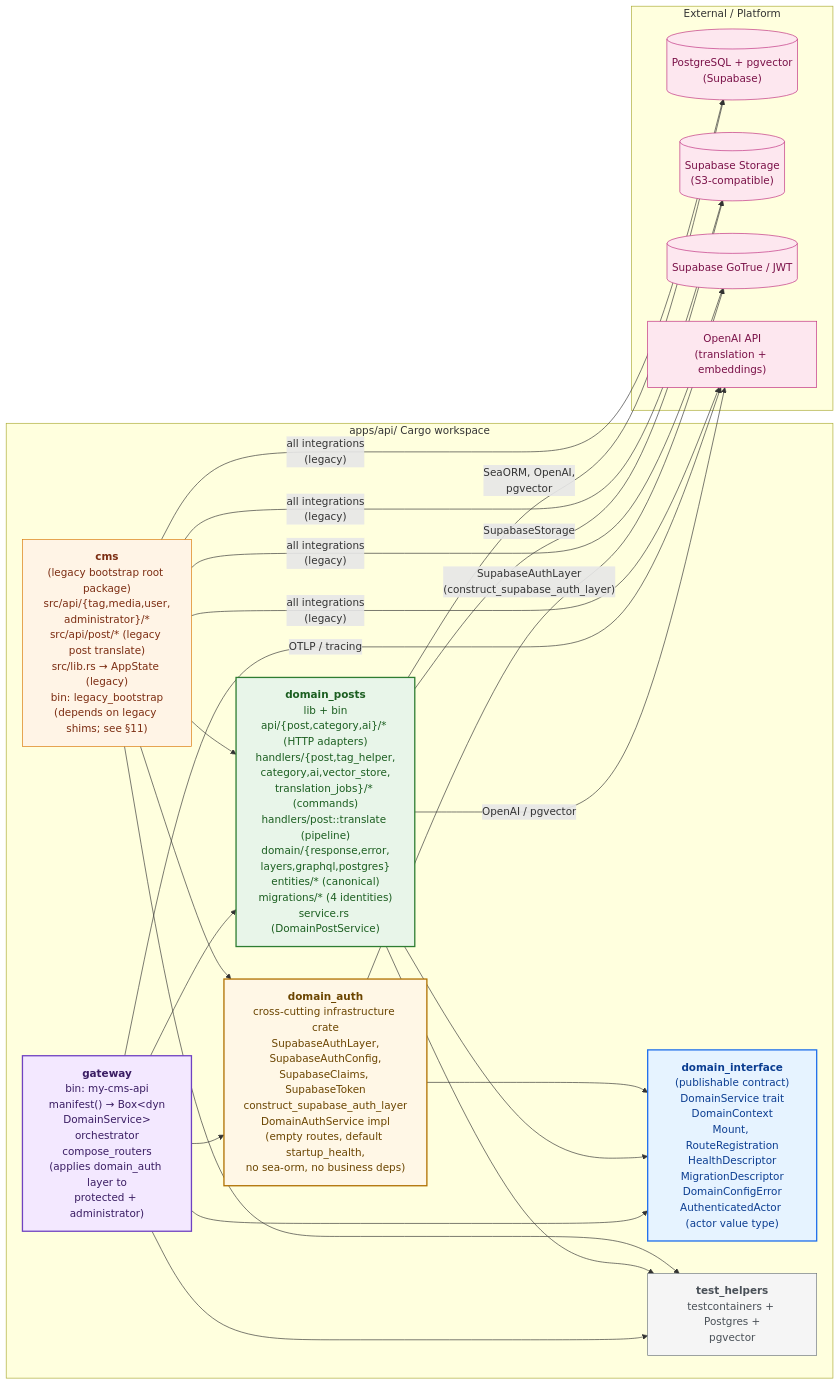
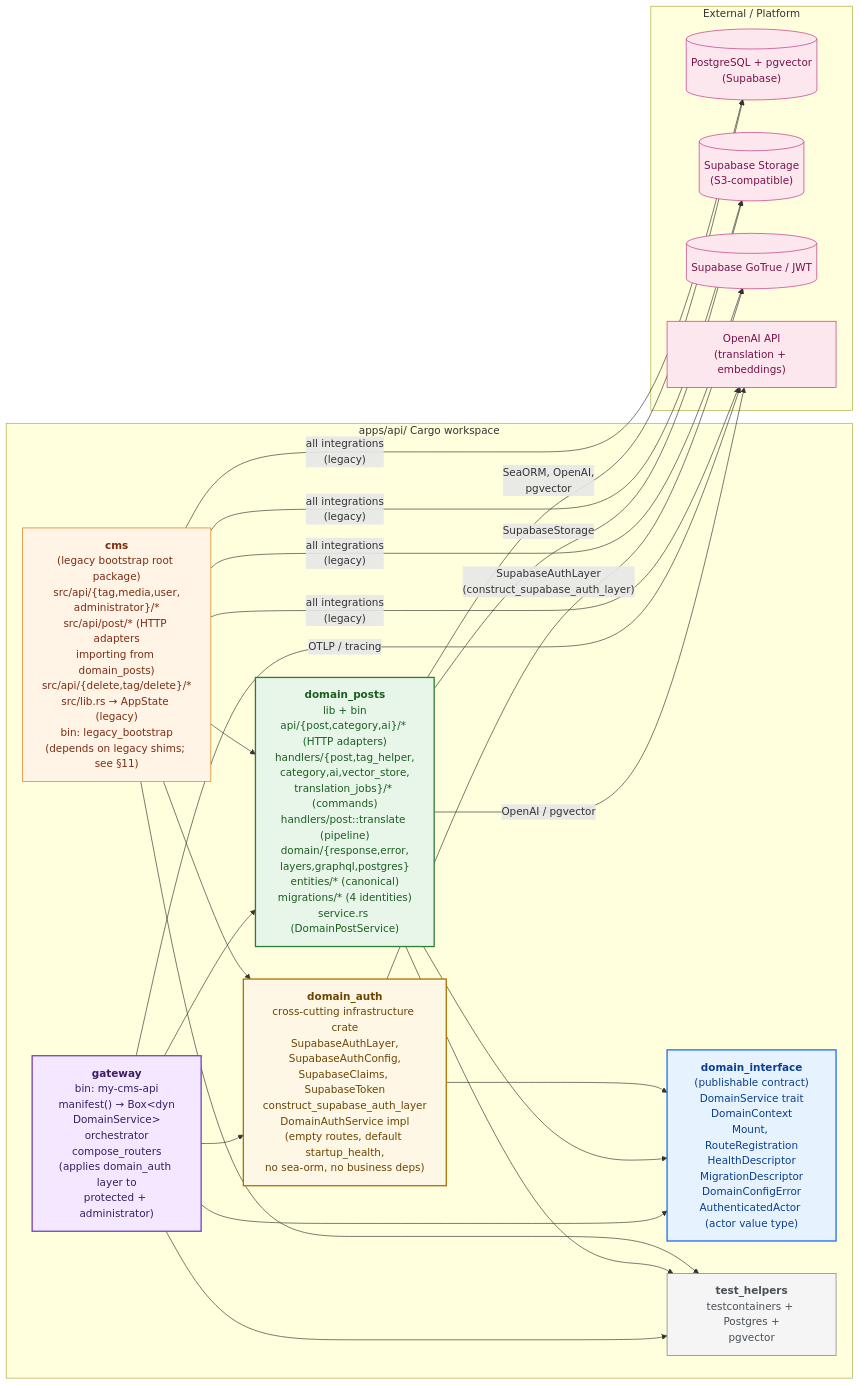
Before and after one commit to doitsu2014/my-cms: the first of 10 diagrams in docs/api-architecture.md, drawn with Mermaid. The commit also changed other lines of this file and 39 other files, not shown here.

First line of the commit message:
refactor: migrate legacy post-related code to domain_posts crate

````diff
--- a/docs/api-architecture.md
+++ b/docs/api-architecture.md
@@ -9,58 +9,58 @@
 ```mermaid
 graph LR
     subgraph ws["apps/api/  Cargo workspace"]
         DI["<b>domain_interface</b><br/>(publishable contract)<br/>DomainService trait<br/>DomainContext<br/>Mount, RouteRegistration<br/>HealthDescriptor<br/>MigrationDescriptor<br/>DomainConfigError<br/>AuthenticatedActor (actor value type)"]
         DA["<b>domain_auth</b><br/>cross-cutting infrastructure crate<br/>SupabaseAuthLayer,<br/>SupabaseAuthConfig,<br/>SupabaseClaims, SupabaseToken<br/>construct_supabase_auth_layer<br/>DomainAuthService impl<br/>(empty routes, default startup_health,<br/>no sea-orm, no business deps)"]
         DP["<b>domain_posts</b><br/>lib + bin<br/>api/{post,category,ai}/* (HTTP adapters)<br/>handlers/{post,tag_helper,<br/>category,ai,vector_store,<br/>translation_jobs}/* (commands)<br/>handlers/post::translate (pipeline)<br/>domain/{response,error,<br/>layers,graphql,postgres}<br/>entities/* (canonical)<br/>migrations/* (4 identities)<br/>service.rs (DomainPostService)"]
         GW["<b>gateway</b><br/>bin: my-cms-api<br/>manifest() → Box&lt;dyn<br/>DomainService&gt;<br/>orchestrator<br/>compose_routers<br/>(applies domain_auth layer to<br/>protected + administrator)"]
         TH["<b>test_helpers</b><br/>testcontainers + Postgres +<br/>pgvector"]
-        CMS["<b>cms</b><br/>(legacy bootstrap root package)<br/>src/api/{tag,media,user,<br/>administrator}/*<br/>src/api/post/* (legacy post translate)<br/>src/lib.rs → AppState (legacy)<br/>bin: legacy_bootstrap<br/>(depends on legacy shims; see §11)"]
+        CMS["<b>cms</b><br/>(legacy bootstrap root package)<br/>src/api/{tag,media,user,<br/>administrator}/*<br/>src/api/post/* (HTTP adapters<br/>importing from domain_posts)<br/>src/api/{delete,tag/delete}/*<br/>src/lib.rs → AppState (legacy)<br/>bin: legacy_bootstrap<br/>(depends on legacy shims; see §11)"]
     end
 
     subgraph ext["External / Platform"]
         DB[("PostgreSQL + pgvector<br/>(Supabase)")]
         STORE[("Supabase Storage<br/>(S3-compatible)")]
         AUTH[("Supabase GoTrue / JWT")]
         OAI["OpenAI API<br/>(translation + embeddings)"]
     end
 
     GW --> DI
     GW --> DP
     GW --> DA
     GW --> TH
 
     DP --> DI
     DP --> TH
 
     DA --> DI
 
     CMS --> DA
     CMS --> TH
     CMS --> DP
 
     DP -- "SeaORM, OpenAI,<br/>pgvector" --> DB
     DP -- "OpenAI / pgvector" --> OAI
     DP -- "SupabaseStorage" --> STORE
     DA -- "SupabaseAuthLayer<br/>(construct_supabase_auth_layer)" --> AUTH
     GW -- "OTLP / tracing" --> OAI
     CMS -- "all integrations<br/>(legacy)" --> DB
     CMS -- "all integrations<br/>(legacy)" --> STORE
     CMS -- "all integrations<br/>(legacy)" --> AUTH
     CMS -- "all integrations<br/>(legacy)" --> OAI
 
     classDef contract fill:#e6f3ff,stroke:#1f6feb,stroke-width:2px,color:#0b3d91
     classDef domain fill:#e8f5e9,stroke:#2e7d32,stroke-width:2px,color:#1b5e20
     classDef infra fill:#fff7e6,stroke:#b07000,stroke-width:2px,color:#6b4500
     classDef gateway fill:#f3e8ff,stroke:#6f42c1,stroke-width:2px,color:#3a1d63
     classDef shim fill:#fff4e6,stroke:#d97706,stroke-width:1px,color:#7c2d12
     classDef ext fill:#fde7ef,stroke:#bf2c7e,stroke-width:1px,color:#7a1148
     classDef helper fill:#f5f5f5,stroke:#6c757d,stroke-width:1px,color:#495057
 
     class DI contract
     class DP domain
     class DA infra
     class GW gateway
     class CMS shim
     class TH helper
     class DB,STORE,AUTH,OAI ext
 ```
````
